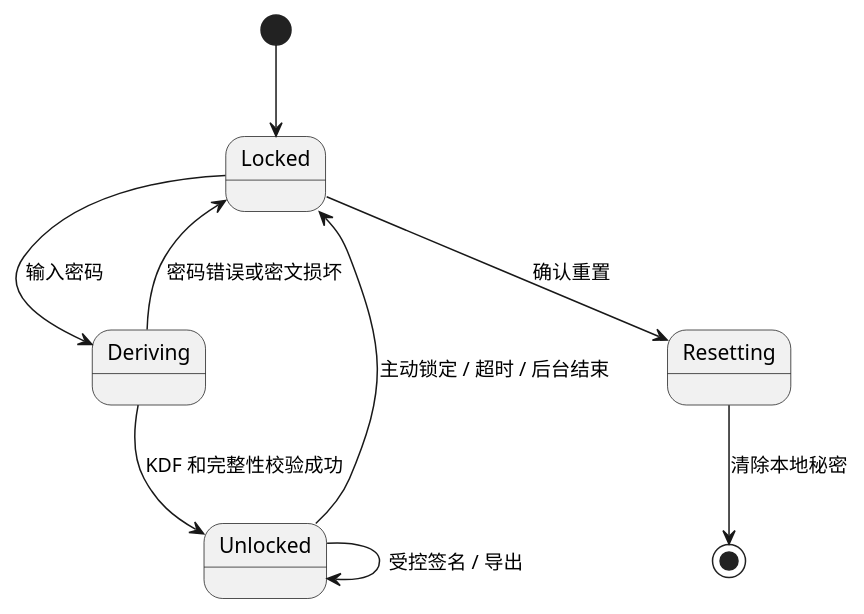
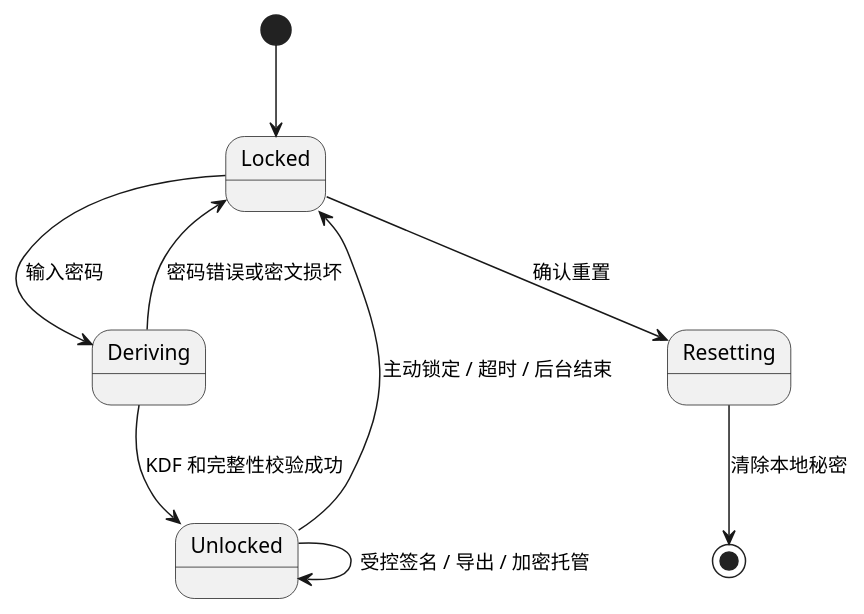
One commit to yeying-community/wallet changed the fourth of 4 diagrams in docs/钱包安全/密钥安全.md. Above: the diagram before and after it, drawn with PlantUML. The commit also changed other lines of this file and 11 other files, not shown here.

````diff
--- a/docs/钱包安全/密钥安全.md
+++ b/docs/钱包安全/密钥安全.md
@@ -109,12 +311,12 @@
 ```plantuml
 @startuml unlock
 [*] --> Locked
 Locked --> Deriving : 输入密码
 Deriving --> Unlocked : KDF 和完整性校验成功
 Deriving --> Locked : 密码错误或密文损坏
-Unlocked --> Unlocked : 受控签名 / 导出
+Unlocked --> Unlocked : 受控签名 / 导出 / 加密托管
 Unlocked --> Locked : 主动锁定 / 超时 / 后台结束
 Locked --> Resetting : 确认重置
 Resetting --> [*] : 清除本地秘密
 @enduml
 ```
````
